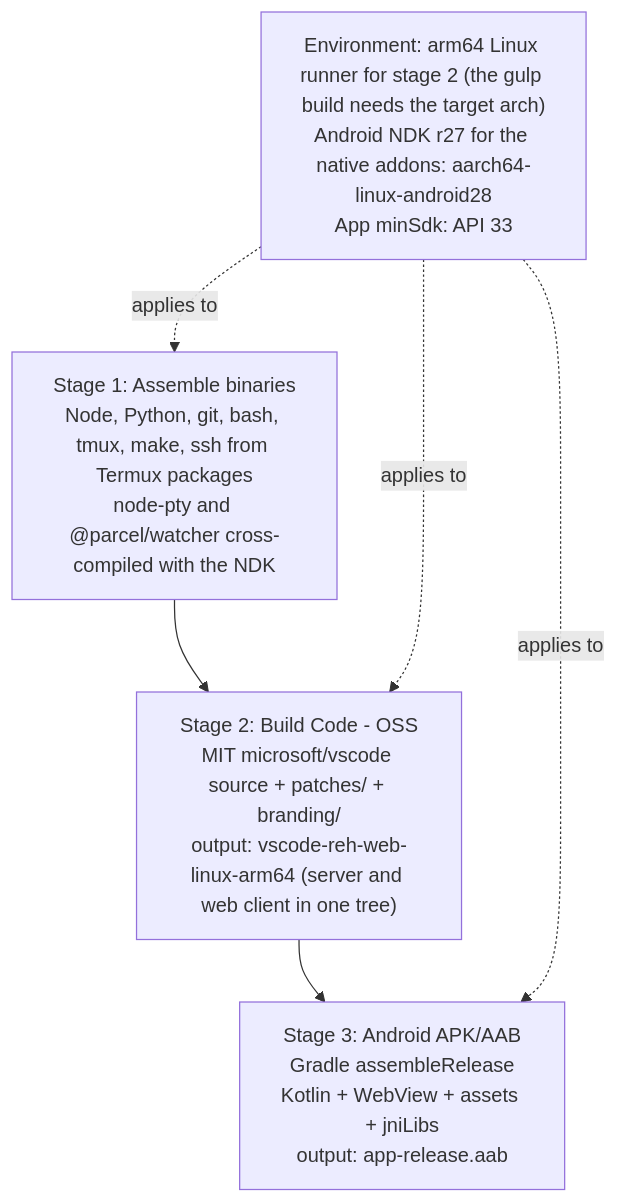
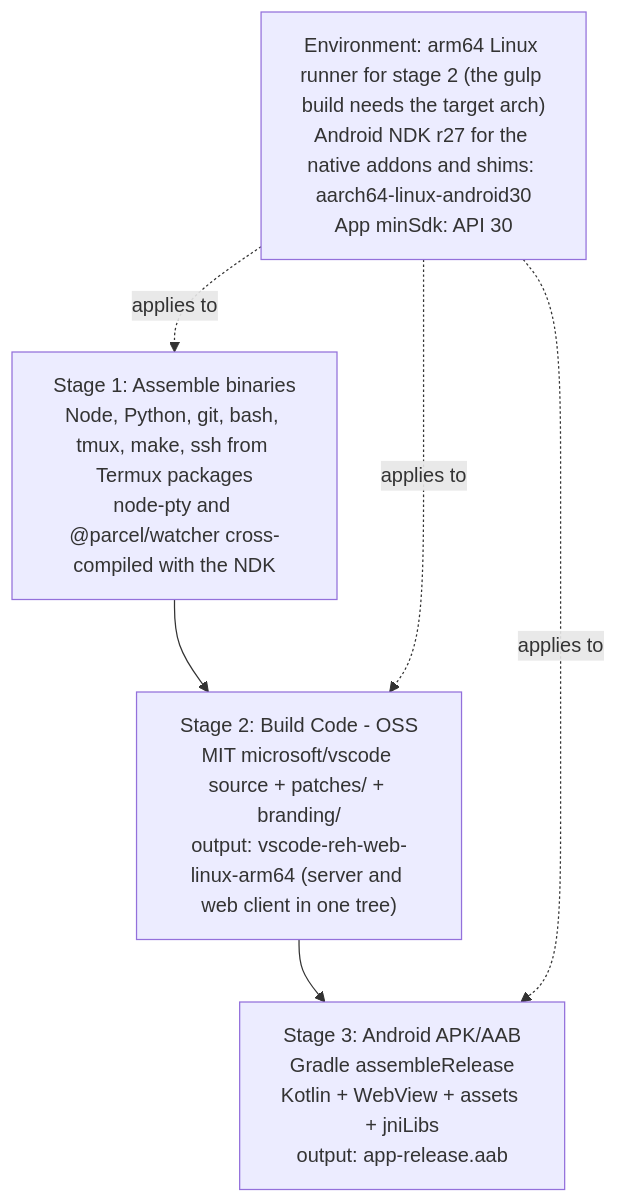
Before and after one commit to rmyndharis/VSCodroid: the first of 5 diagrams in docs/04-TECHNICAL_SPEC.md, drawn with Mermaid. The commit also changed other lines of this file and 12 other files, not shown here.

````diff
--- a/docs/04-TECHNICAL_SPEC.md
+++ b/docs/04-TECHNICAL_SPEC.md
@@ -21,8 +21,8 @@
 ```mermaid
 flowchart TD
   S1["Stage 1: Assemble binaries<br/>Node, Python, git, bash, tmux, make, ssh from Termux packages<br/>node-pty and @parcel/watcher cross-compiled with the NDK"] --> S2["Stage 2: Build Code - OSS<br/>MIT microsoft/vscode source + patches/ + branding/<br/>output: vscode-reh-web-linux-arm64 (server and web client in one tree)"]
   S2 --> S3["Stage 3: Android APK/AAB<br/>Gradle assembleRelease<br/>Kotlin + WebView + assets + jniLibs<br/>output: app-release.aab"]
-  ENV["Environment: arm64 Linux runner for stage 2 (the gulp build needs the target arch)<br/>Android NDK r27 for the native addons: aarch64-linux-android28<br/>App minSdk: API 33"] -. applies to .-> S1
+  ENV["Environment: arm64 Linux runner for stage 2 (the gulp build needs the target arch)<br/>Android NDK r27 for the native addons and shims: aarch64-linux-android30<br/>App minSdk: API 30"] -. applies to .-> S1
   ENV -. applies to .-> S2
   ENV -. applies to .-> S3
 ```
````
